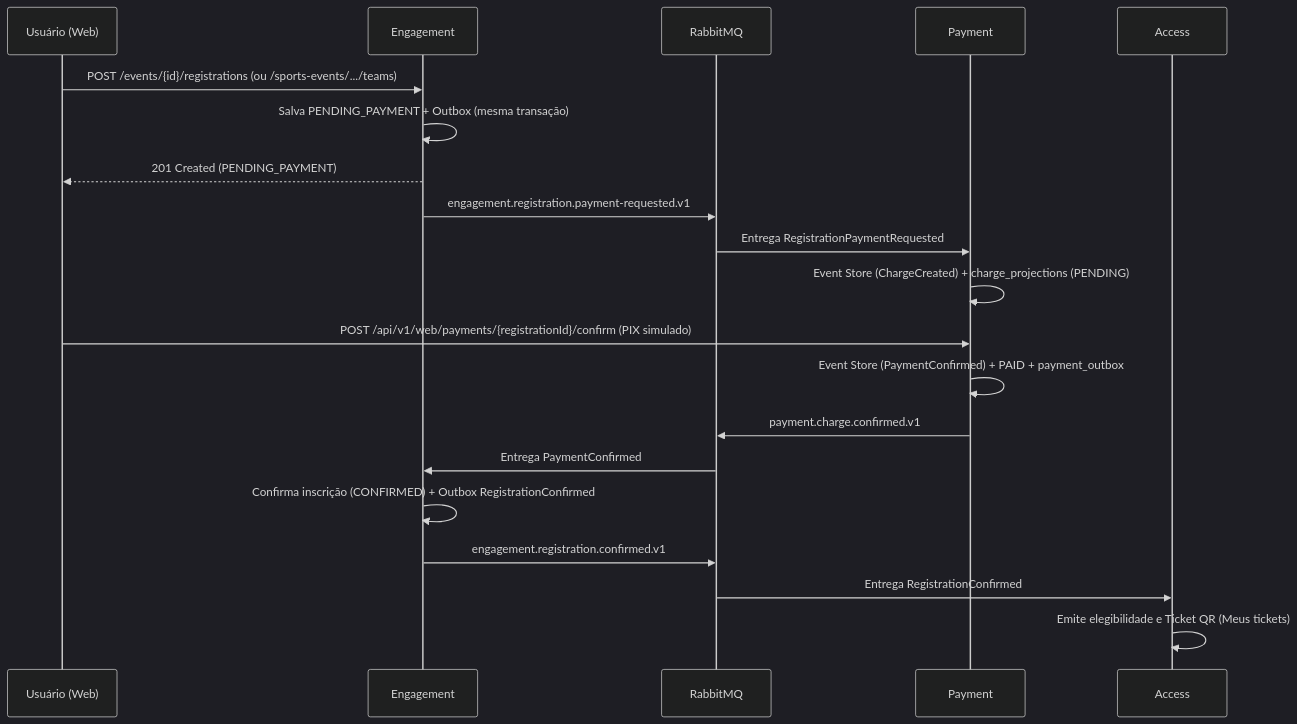
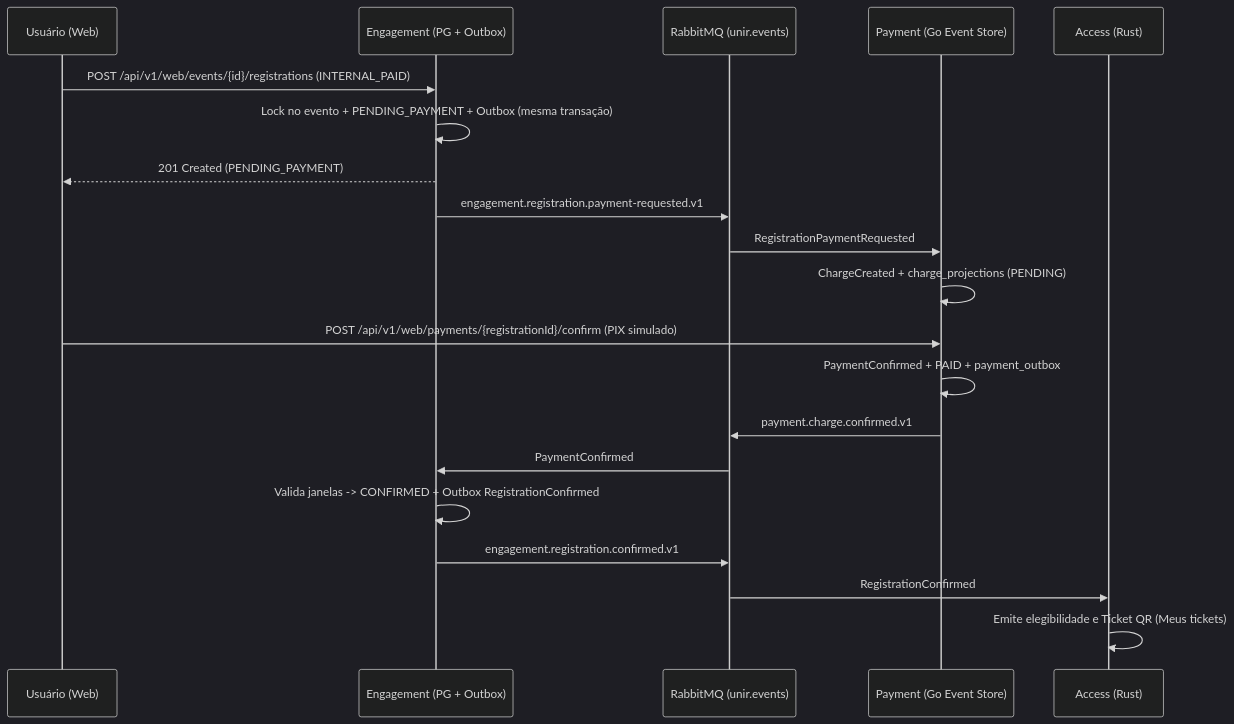
Before and after one commit to rafaelsilvamartins30/sistemas-distribuidos: the second of 3 diagrams in docs/relatorio-tecnico-gcc129.md, drawn with Mermaid (dark theme). The commit also changed other lines of this file and 251 other files, not shown here.

````diff
--- a/docs/relatorio-tecnico-gcc129.md
+++ b/docs/relatorio-tecnico-gcc129.md
@@ -101,23 +137,23 @@
 ```mermaid
 sequenceDiagram
     participant U as Usuário (Web)
-    participant E as Engagement
-    participant MQ as RabbitMQ
-    participant P as Payment
-    participant A as Access
+    participant E as Engagement (PG + Outbox)
+    participant MQ as RabbitMQ (unir.events)
+    participant P as Payment (Go Event Store)
+    participant A as Access (Rust)
 
-    U->>E: POST /events/{id}/registrations (ou /sports-events/.../teams)
-    E->>E: Salva PENDING_PAYMENT + Outbox (mesma transação)
+    U->>E: POST /api/v1/web/events/{id}/registrations (INTERNAL_PAID)
+    E->>E: Lock no evento + PENDING_PAYMENT + Outbox (mesma transação)
     E-->>U: 201 Created (PENDING_PAYMENT)
     E->>MQ: engagement.registration.payment-requested.v1
-    MQ->>P: Entrega RegistrationPaymentRequested
-    P->>P: Event Store (ChargeCreated) + charge_projections (PENDING)
+    MQ->>P: RegistrationPaymentRequested
+    P->>P: ChargeCreated + charge_projections (PENDING)
     U->>P: POST /api/v1/web/payments/{registrationId}/confirm (PIX simulado)
-    P->>P: Event Store (PaymentConfirmed) + PAID + payment_outbox
+    P->>P: PaymentConfirmed + PAID + payment_outbox
     P->>MQ: payment.charge.confirmed.v1
-    MQ->>E: Entrega PaymentConfirmed
-    E->>E: Confirma inscrição (CONFIRMED) + Outbox RegistrationConfirmed
+    MQ->>E: PaymentConfirmed
+    E->>E: Valida janelas -> CONFIRMED + Outbox RegistrationConfirmed
     E->>MQ: engagement.registration.confirmed.v1
-    MQ->>A: Entrega RegistrationConfirmed
+    MQ->>A: RegistrationConfirmed
     A->>A: Emite elegibilidade e Ticket QR (Meus tickets)
 ```
````
